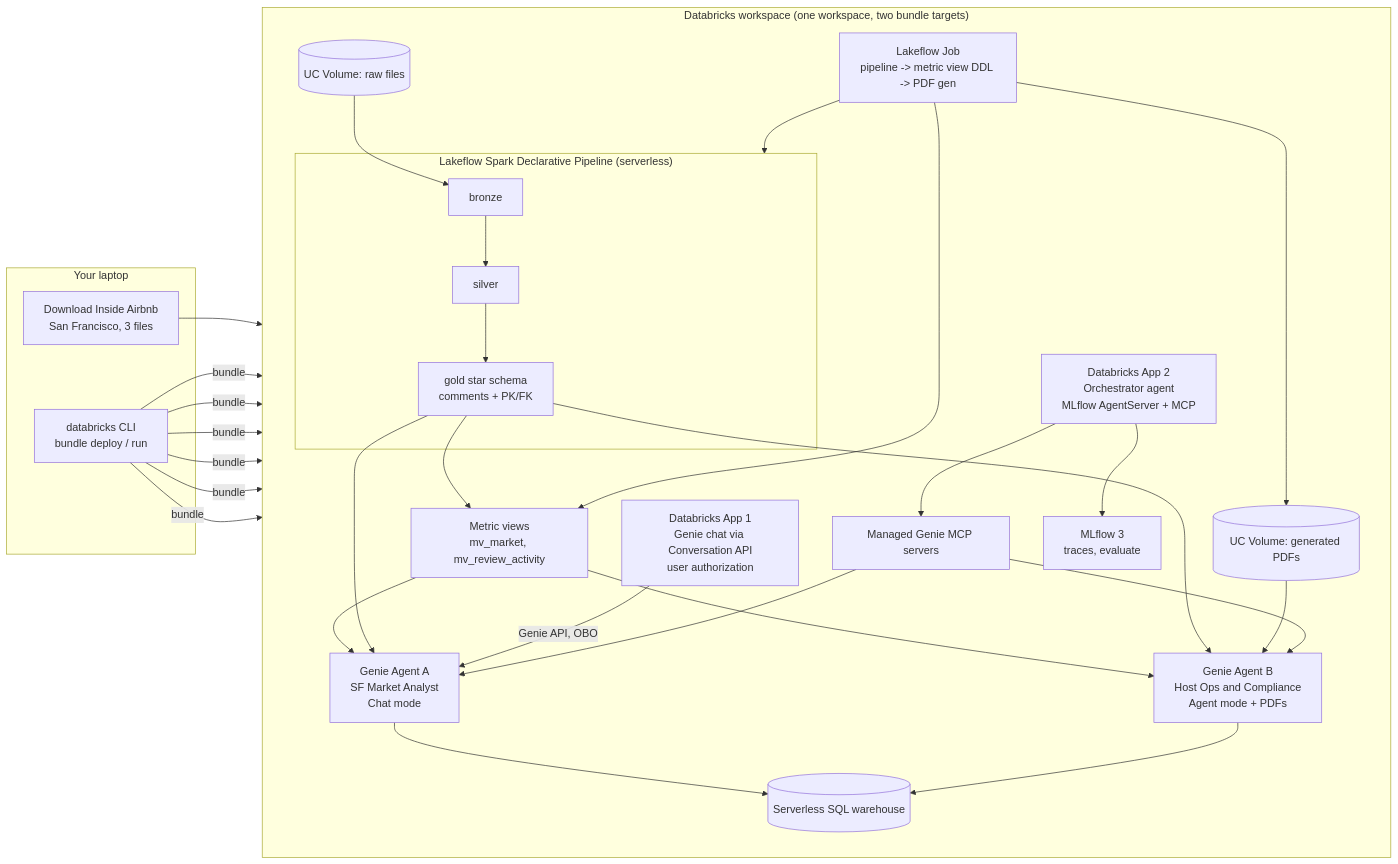
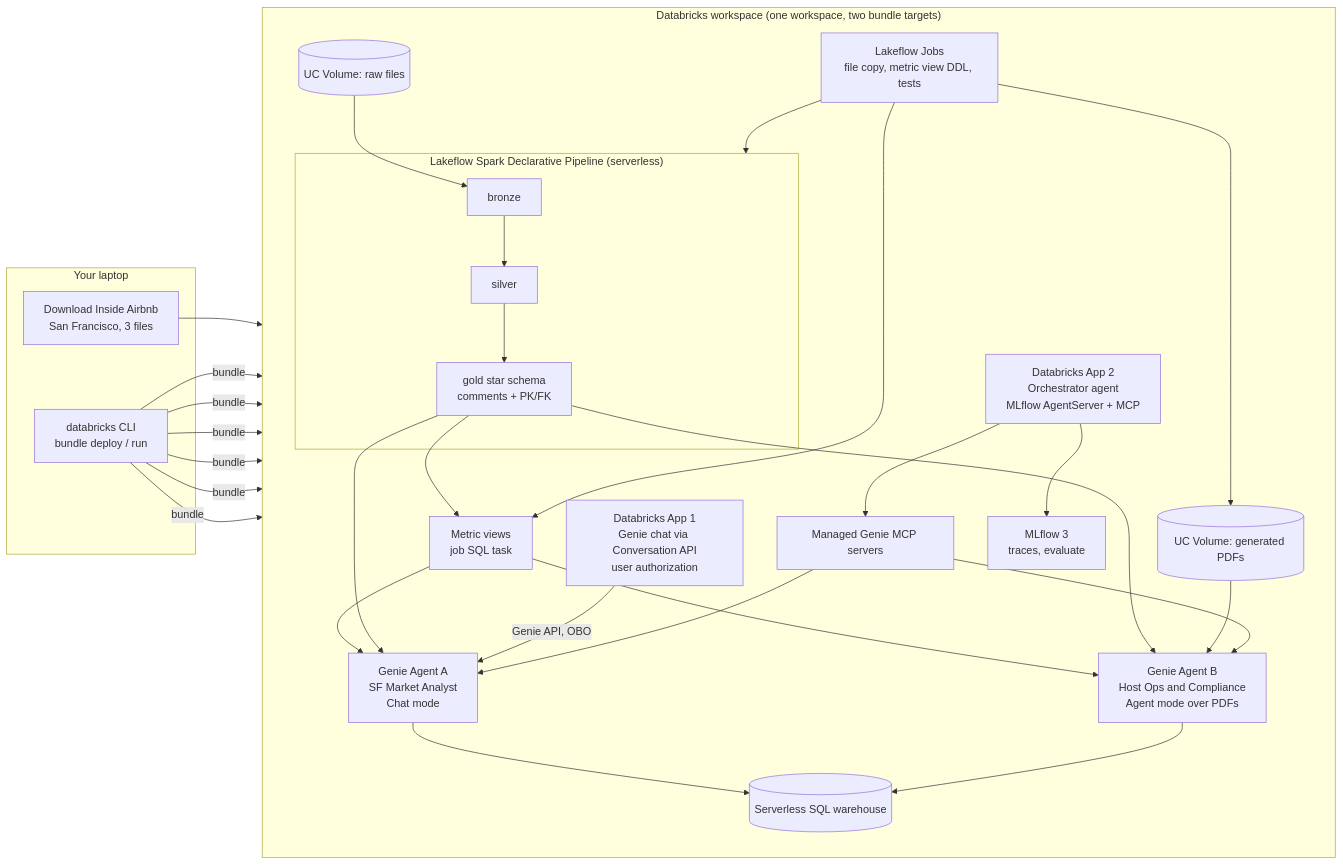
One commit to zoltanctoth/databricks-genie-in-production changed the diagram in README.md. Above: the diagram before and after it, drawn with Mermaid. The commit also changed other lines of this file and 3 other files, not shown here.

````diff
--- a/README.md
+++ b/README.md
@@ -14,38 +14,38 @@
 ```mermaid
 flowchart LR
   subgraph Student["Your laptop"]
     DL[Download Inside Airbnb<br/>San Francisco, 3 files]
     CLI[databricks CLI<br/>bundle deploy / run]
   end
 
   subgraph WS["Databricks workspace (one workspace, two bundle targets)"]
     direction TB
     VOL[(UC Volume: raw files)]
     PDFVOL[(UC Volume: generated PDFs)]
     subgraph PIPE["Lakeflow Spark Declarative Pipeline (serverless)"]
       B[bronze] --> S[silver] --> G[gold star schema<br/>comments + PK/FK]
     end
-    MV[Metric views<br/>mv_market, mv_review_activity]
-    JOB[Lakeflow Job<br/>pipeline -> metric view DDL -> PDF gen]
+    MV[Metric views<br/>job SQL task]
+    JOB[Lakeflow Jobs<br/>file copy, metric view DDL, tests]
     GA[Genie Agent A<br/>SF Market Analyst<br/>Chat mode]
-    GB[Genie Agent B<br/>Host Ops and Compliance<br/>Agent mode + PDFs]
+    GB[Genie Agent B<br/>Host Ops and Compliance<br/>Agent mode over PDFs]
     APP1[Databricks App 1<br/>Genie chat via Conversation API<br/>user authorization]
     APP2[Databricks App 2<br/>Orchestrator agent<br/>MLflow AgentServer + MCP]
     MCP[Managed Genie MCP servers]
     MLF[MLflow 3<br/>traces, evaluate]
     WH[(Serverless SQL warehouse)]
   end
 
   DL --> VOL
   CLI -->|bundle| PIPE & JOB & GA & GB & APP1 & APP2
   VOL --> B
   G --> MV
   JOB --> PIPE & MV & PDFVOL
   MV --> GA & GB
   G --> GA & GB
   PDFVOL --> GB
   GA & GB --> WH
   APP1 -->|Genie API, OBO| GA
   APP2 --> MCP --> GA & GB
   APP2 --> MLF
 ```
````
